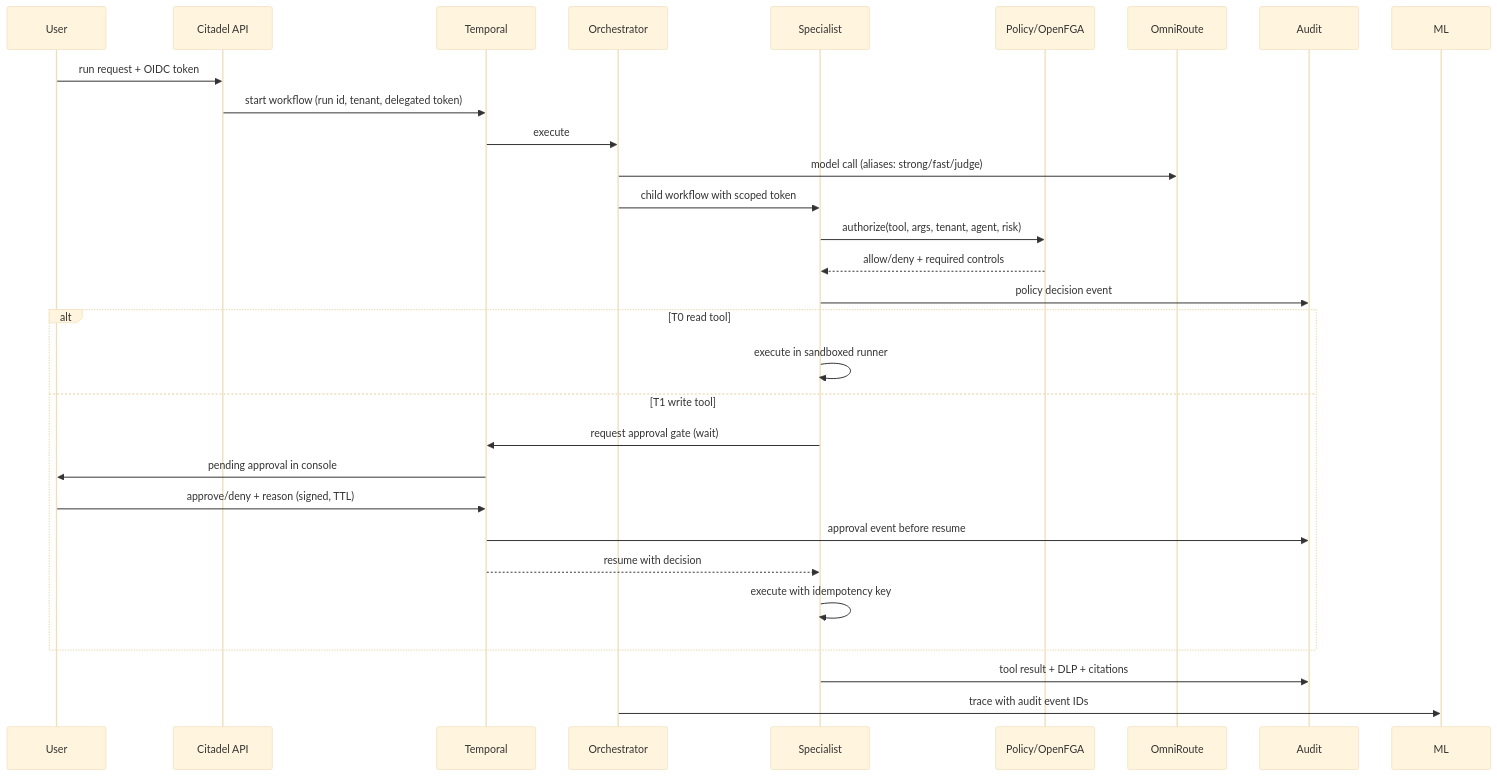
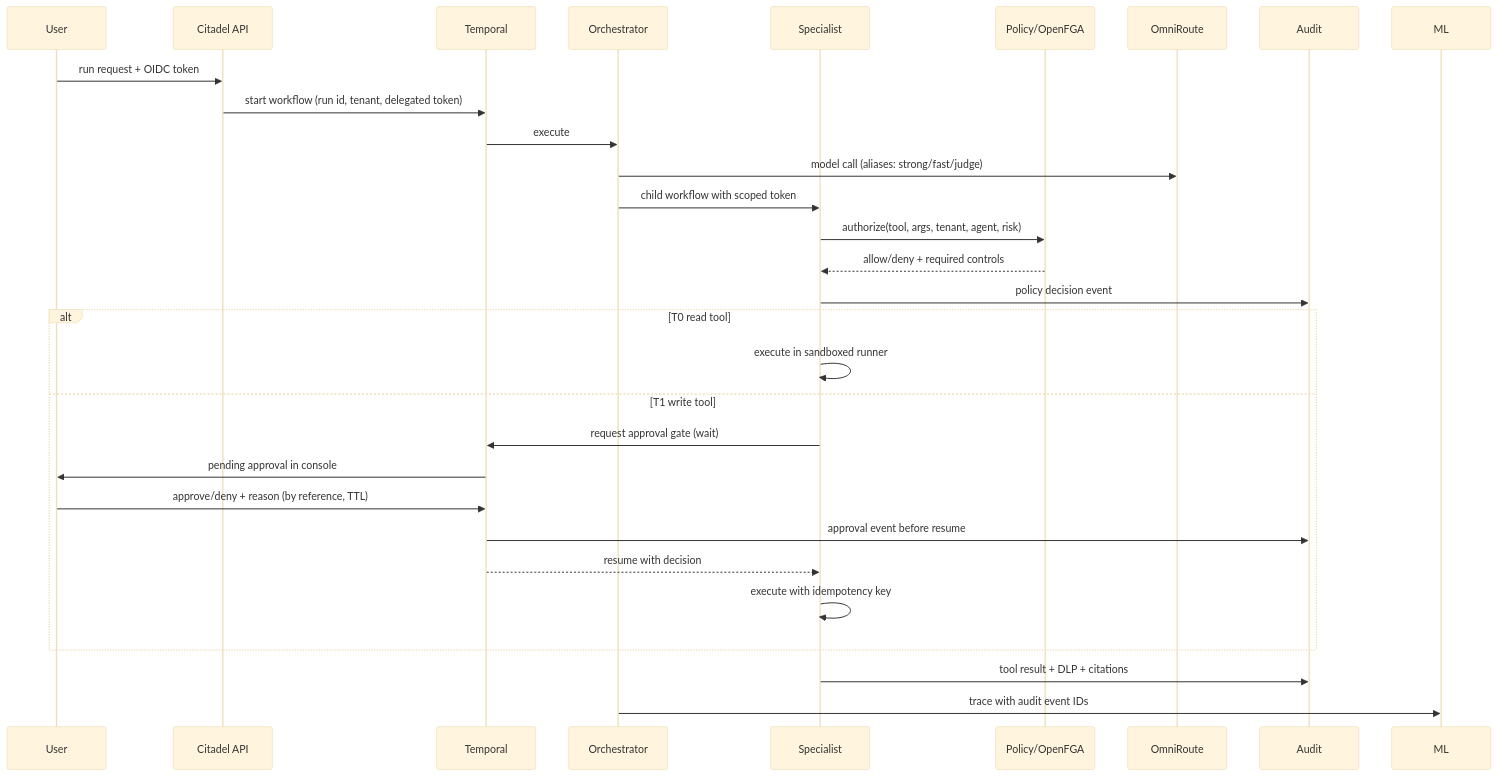
Before and after one commit to glaborie/citadel: the second of 2 diagrams in docs/architecture.md, drawn with Mermaid (base theme). The commit also changed other lines of this file and 20 other files, not shown here.

````diff
--- a/docs/architecture.md
+++ b/docs/architecture.md
@@ -95,32 +95,32 @@
 ```mermaid
 sequenceDiagram
     participant U as User
     participant API as Citadel API
     participant T as Temporal
     participant O as Orchestrator
     participant S as Specialist
     participant P as Policy/OpenFGA
     participant G as OmniRoute
     participant A as Audit
 
     U->>API: run request + OIDC token
     API->>T: start workflow (run id, tenant, delegated token)
     T->>O: execute
     O->>G: model call (aliases: strong/fast/judge)
     O->>S: child workflow with scoped token
     S->>P: authorize(tool, args, tenant, agent, risk)
     P-->>S: allow/deny + required controls
     S->>A: policy decision event
     alt T0 read tool
         S->>S: execute in sandboxed runner
     else T1 write tool
         S->>T: request approval gate (wait)
         T->>U: pending approval in console
-        U->>T: approve/deny + reason (signed, TTL)
+        U->>T: approve/deny + reason (by reference, TTL)
         T->>A: approval event before resume
         T-->>S: resume with decision
         S->>S: execute with idempotency key
     end
     S->>A: tool result + DLP + citations
     O->>ML: trace with audit event IDs
 ```
````
